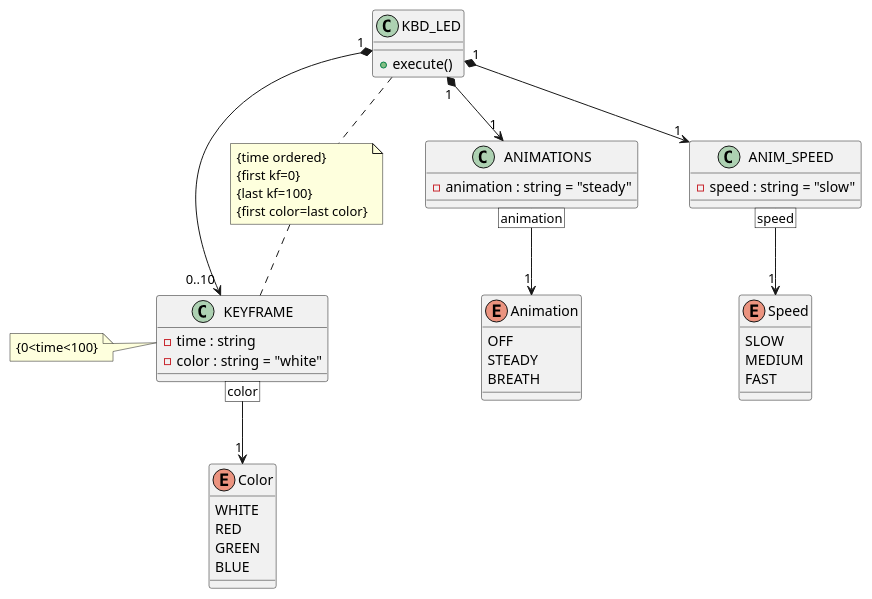
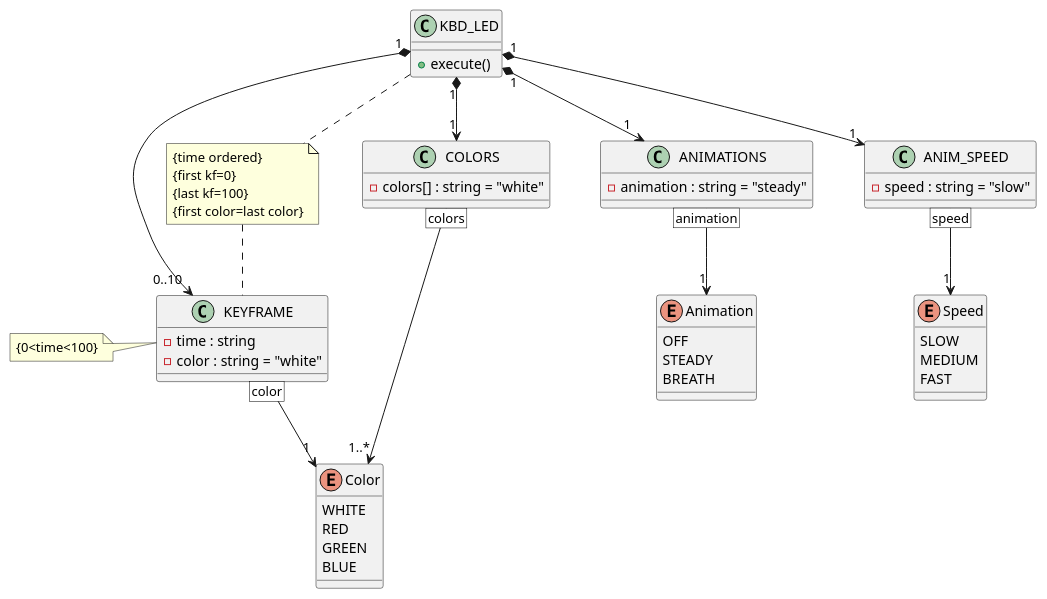
Before and after one commit to lulu731/keybd_led: the diagram in docs/diagrams/src/class_diag.wsd, drawn with PlantUML.

Commit message:
uml: update diagram with COLORS class

```diff
--- a/docs/diagrams/src/class_diag.wsd
+++ b/docs/diagrams/src/class_diag.wsd
@@ -1,78 +1,78 @@
 @startuml classes
     class KBD_LED
     {
         +execute()
     }
 
     enum Color
     {
         WHITE
         RED
         GREEN
         BLUE
     }
 
+'----- COLORS -----
+    class COLORS
+    {
+        -colors[] : string = "white"
+    }
 
-    /'class COLORS
-    {
-        -List : string
-        +COLORS( aList : string )
-        +GetList()
-    }
-    note left of COLORS::aList
-        def="white"
-    end note
-    COLORS "1" ..> "1..*" Color'/
+    COLORS [colors] --> "1..*" Color
 
+'----- ANIMATIONS -----
     class ANIMATIONS
     {
         -animation : string = "steady"
     }
 
         enum Animation
     {
         OFF
         STEADY
         BREATH
     }
 
     ANIMATIONS [animation] --> "1" Animation
 
+'----- SPEED -----
     enum Speed
     {
         SLOW
         MEDIUM
         FAST
     }
 
     class ANIM_SPEED
     {
         -speed : string = "slow"
     }
 
     ANIM_SPEED [speed] --> "1" Speed
 
+'----- KEYFRAME -----
     class KEYFRAME
     {
         -time : string
         -color : string = "white"
     }
+
     note left :{0<time<100}
     note as N1
         {time ordered}
         {first kf=0}
         {last kf=100}
         {first color=last color}
     end note
 
     KEYFRAME [color] --> "1" Color
 
     KBD_LED .. N1
     N1 .. KEYFRAME
 
-    'KBD_LED "1" *--> "1" COLORS
+    KBD_LED "1" *--> "1" COLORS
     KBD_LED "1" *--> "1" ANIMATIONS
     KBD_LED "1" *--> "1" ANIM_SPEED
     KBD_LED "1" *--> "0..10" KEYFRAME
 
 @enduml
```
